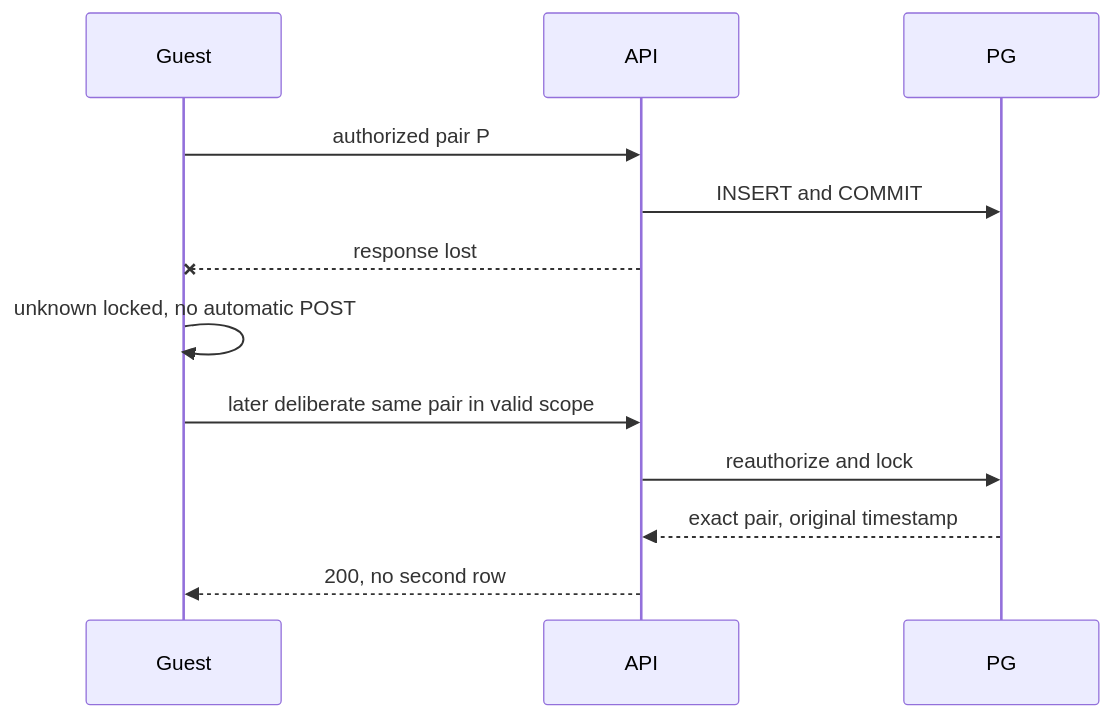
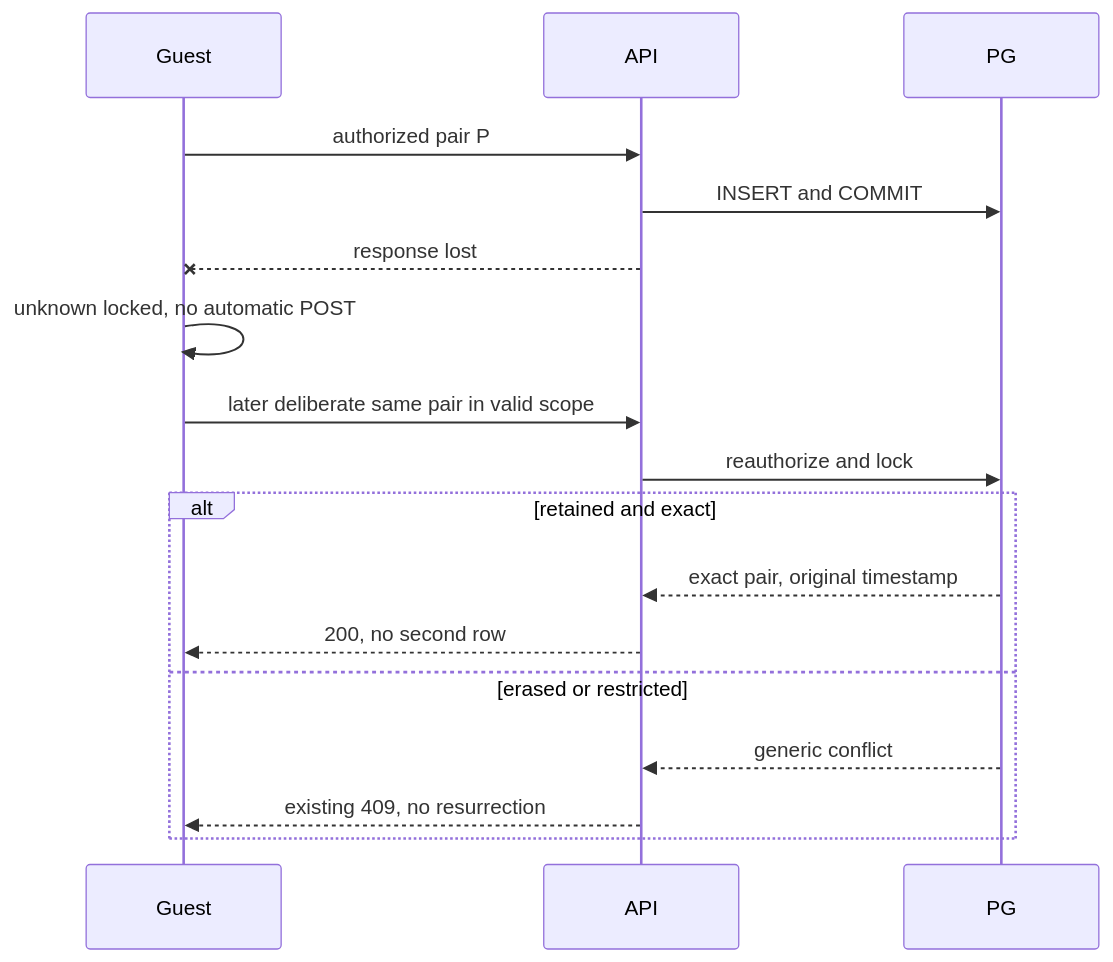
The fourth of 9 diagrams in docs/plans/ISSUE_463_GUEST_RATING_COMMENTS_IMPLEMENTATION_PLAN.md (yamanradwan1-rgb/valet-platform), drawn with Mermaid before and after one commit. The commit also changed other lines of this file, not shown here.

Commit message:
docs: close issue 463 P0 architecture decisions in plan v1.1

````diff
--- a/docs/plans/ISSUE_463_GUEST_RATING_COMMENTS_IMPLEMENTATION_PLAN.md
+++ b/docs/plans/ISSUE_463_GUEST_RATING_COMMENTS_IMPLEMENTATION_PLAN.md
@@ -318,14 +406,19 @@
 ```mermaid
 sequenceDiagram
  participant G as Guest
  participant A as API
  participant P as PG
  G->>A: authorized pair P
  A->>P: INSERT and COMMIT
  A--xG: response lost
  G->>G: unknown locked, no automatic POST
  G->>A: later deliberate same pair in valid scope
  A->>P: reauthorize and lock
+ alt retained and exact
  P-->>A: exact pair, original timestamp
  A-->>G: 200, no second row
+ else erased or restricted
+ P-->>A: generic conflict
+ A-->>G: existing 409, no resurrection
+ end
 ```
````
